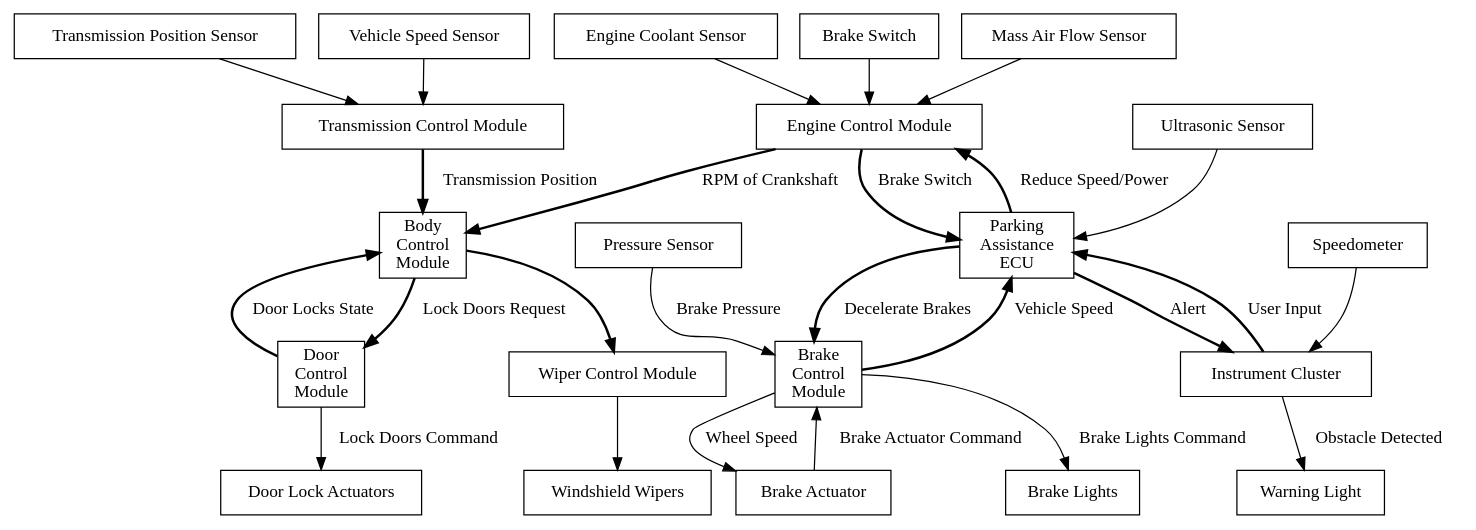
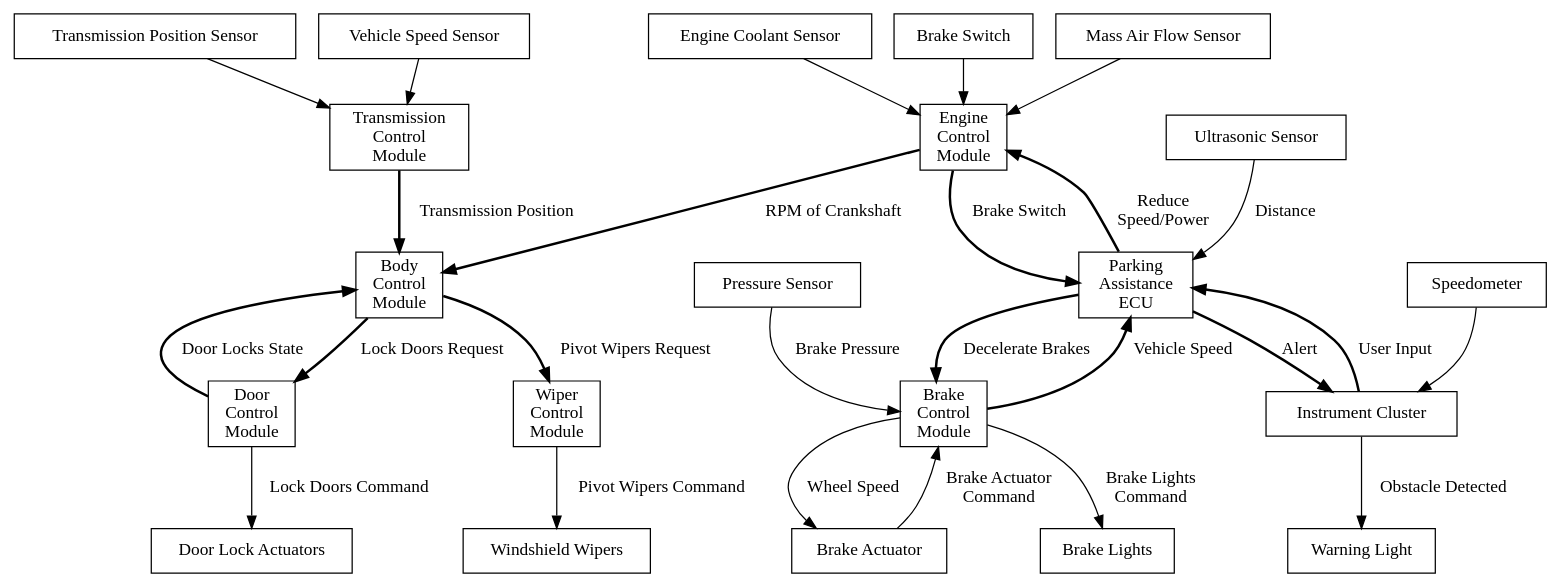
One commit to dXu23/mini-teams changed the diagram in diagrams/block_diagram.dot. Above: the diagram before and after it, drawn with Graphviz. The commit also changed 2 other files, not shown here.

```diff
--- a/diagrams/block_diagram.dot
+++ b/diagrams/block_diagram.dot
@@ -1,79 +1,78 @@
 digraph G {
   node [shape=box]
-  A[ label="Engine Control Module" pos="10,7!" ]
-  B[ label="Transmission Control Module" pos="4,7!" ]
+  A[ label="Engine\nControl\nModule" pos="10,7!" ]
+  B[ label="Transmission\nControl\nModule" pos="4,7!" ]
   C[ label="Brake\nControl\nModule" pos="15,3!" ]
   D[ label="Body\nControl\nModule" pos="8,5!" ]
   E[ label="Instrument Cluster" pos="15,7!"]
   F[ label="Parking\nAssistance\nECU" pos="12,5!" ]
   G[ label="Door\nControl\nModule" pos="3,5!" ]
-  H[ label="Wiper Control Module" pos="4,3!" ]
+  H[ label="Wiper\nControl\nModule" pos="4,3!" ]
 
   // ECM -> BCM
   A -> D [ label="RPM of Crankshaft" penwidth=2 ]
 
   // Parking Assistance ECU <-> ECM
-  F -> A [ label="Reduce Speed/Power" penwidth=2 ]
+  F -> A [ label="Reduce\nSpeed/Power" penwidth=2 ]
   A -> F [ label="Brake Switch" penwidth=2 ]
 
   // BCM <-> Door Control Module
   D -> G [ label="Lock Doors Request" penwidth=2 ]
   G -> D [ label="Door Locks State" penwidth=2 ]
 
   // BCM <-> Wiper Control Module
-  D -> H [ penwidth=2 ]
+  D -> H [ label="Pivot Wipers Request" penwidth=2 ]
 
   // Parking Assistance ECU <-> Instrument Cluster
   E -> F [ label="User Input" penwidth=2 ]
   F -> E [ label="Alert" penwidth=2 ]
 
   // Parking Assistance ECU <-> Brake Control Module
   F -> C [ label="Decelerate Brakes" penwidth=2 ]
   C -> F [ label="Vehicle Speed" penwidth=2 ]
 
   // Transmission control Module <-> Body Control Module
   B -> D [ label="Transmission Position" penwidth=2 ]
 
   // Parking Assistance ECU
   I [ label="Ultrasonic Sensor" pos="9,3!"]
-  I -> F
+  I -> F [ label="Distance" ]
 
 
   // Engine Control Module
   J [ label="Brake Switch" pos="8,9!" ]
   P [ label="Mass Air Flow Sensor" pos="10,9!" ]
   Q [ label="Engine Coolant Sensor" pos="12,9!" ]
   J -> A
   P -> A
   Q -> A
 
   // Brake Control Module
   K [ label="Brake Actuator" pos="18,1!" ]
   L [ label="Brake Lights" pos="20,3!"]
   M [ label="Pressure Sensor" pos="18,5!"]
-  K -> C [ label="Brake Actuator Command" ]
+  K -> C [ label="Brake Actuator\nCommand" ]
   C -> K [ label="Wheel Speed" ]
-  C -> L [ label="Brake Lights Command" ]
+  C -> L [ label="Brake Lights\nCommand" ]
   M -> C [ label="Brake Pressure" ]
 
   // Instrument Cluster
   N [ label="Warning Light" pos="18,9!" ]
   R [ label="Speedometer" pos="19,7!" ]
   E -> N [ label="Obstacle Detected" ]
   R -> E
-
 
   // Transmission Control Module
   O [ label="Vehicle Speed Sensor" pos="4,9!" ]
   S [ label="Transmission Position Sensor" pos="-1,7!" ]
   O -> B
   S -> B
 
   // Door Control Module
   T [ label="Door Lock Actuators" ]
   G -> T [ label="Lock Doors Command" ]
 
   // Wiper Control Module
   U [ label="Windshield Wipers" pos="4,1!" ]
-  H -> U
+  H -> U [ label="Pivot Wipers Command" ]
 }
```
